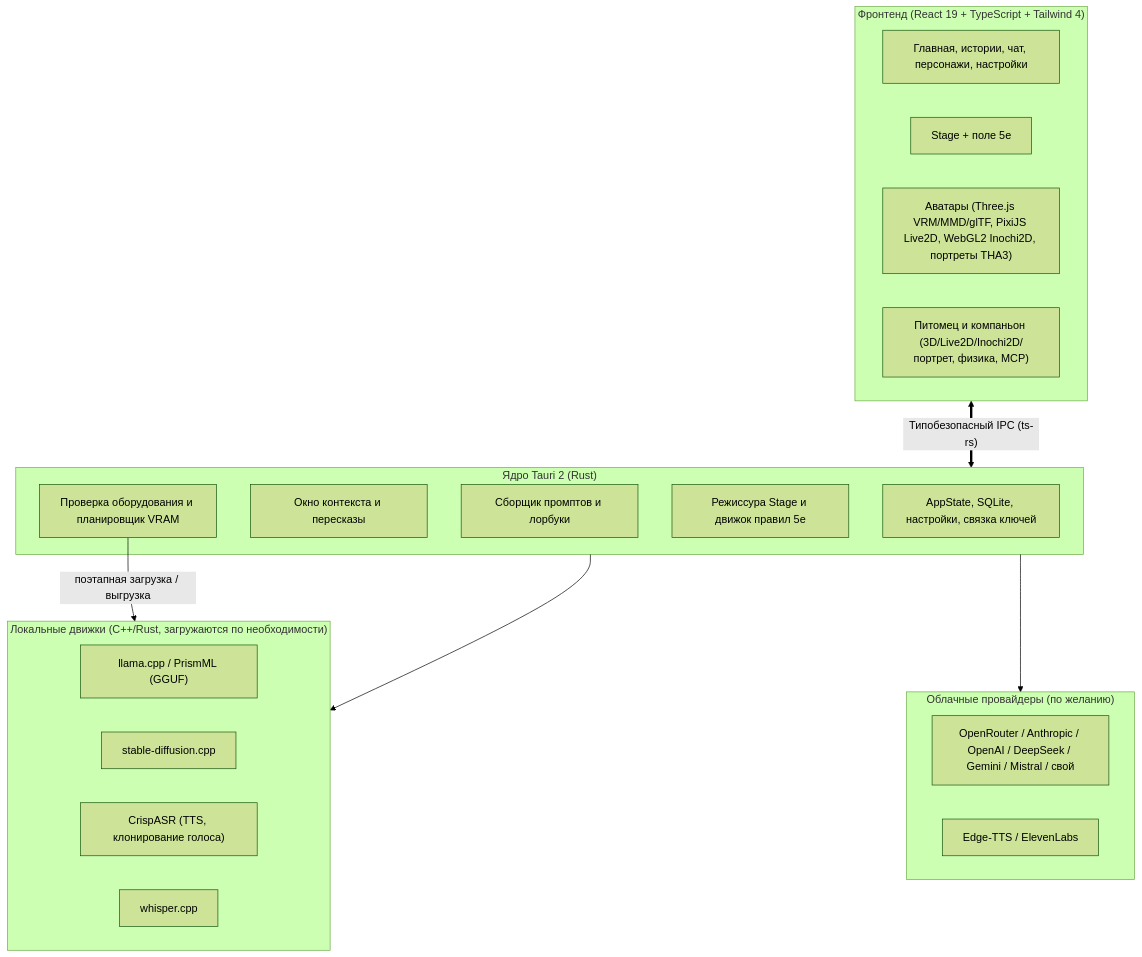
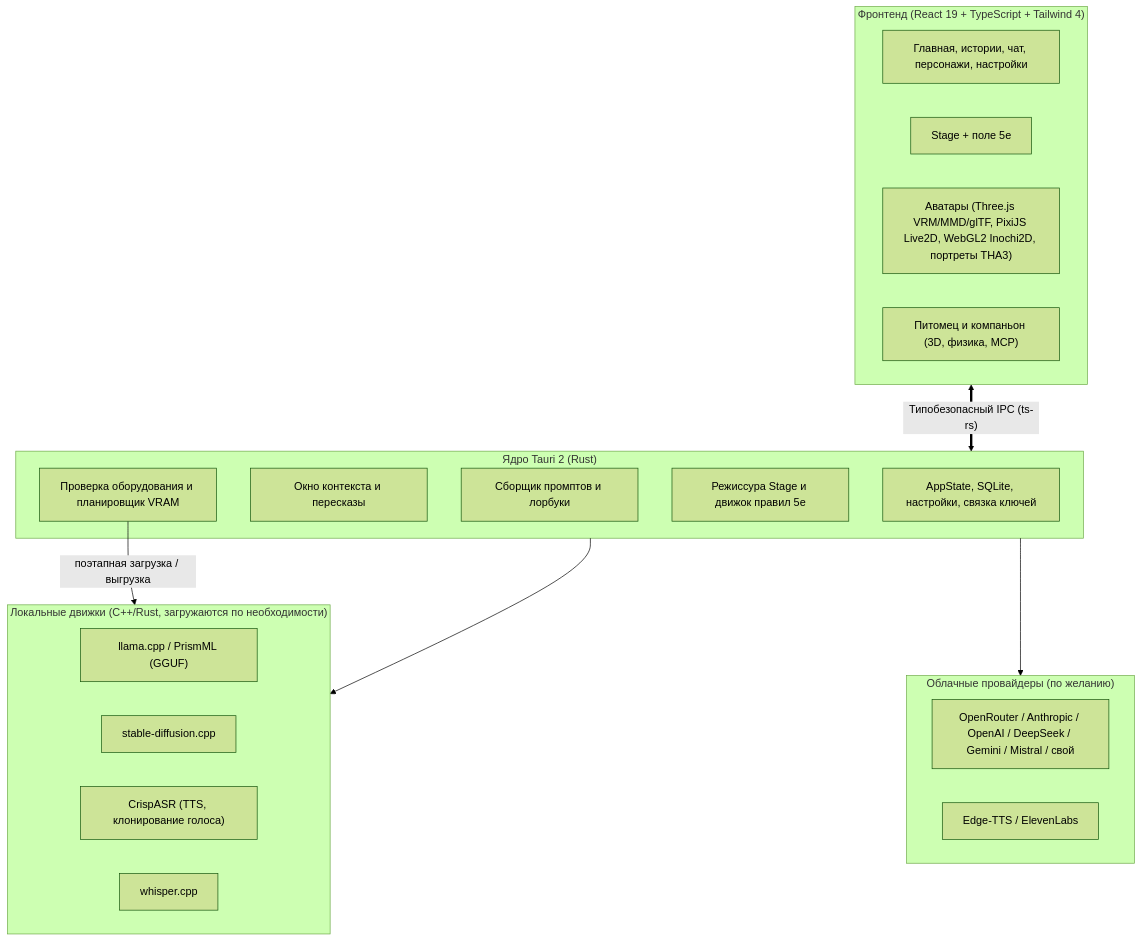
Before and after one commit to SnowwhiteOakheart/OtakuSoul: the first of 2 diagrams in README.ru.md, drawn with Mermaid (forest theme). The commit also changed other lines of this file and 28 other files, not shown here.

````diff
--- a/README.ru.md
+++ b/README.ru.md
@@ -220,34 +220,34 @@
 ```mermaid
 flowchart TD
     subgraph Frontend["Фронтенд (React 19 + TypeScript + Tailwind 4)"]
         UI["Главная, истории, чат, персонажи, настройки"]
         StageUI["Stage + поле 5e"]
         AvatarUI["Аватары (Three.js VRM/MMD/glTF, PixiJS Live2D, WebGL2 Inochi2D, портреты THA3)"]
-        CompanionUI["Питомец и компаньон (3D/Live2D/Inochi2D/портрет, физика, MCP)"]
+        CompanionUI["Питомец и компаньон (3D, физика, MCP)"]
     end
 
     subgraph TauriCore["Ядро Tauri 2 (Rust)"]
         State["AppState, SQLite, настройки, связка ключей"]
         ContextMgr["Окно контекста и пересказы"]
         PromptBuilder["Сборщик промптов и лорбуки"]
         Rules["Режиссура Stage и движок правил 5e"]
         HardwareSched["Проверка оборудования и планировщик VRAM"]
     end
 
     subgraph LocalEngines["Локальные движки (C++/Rust, загружаются по необходимости)"]
         Llama["llama.cpp / PrismML (GGUF)"]
         SD["stable-diffusion.cpp"]
         Crisp["CrispASR (TTS, клонирование голоса)"]
         Whisper["whisper.cpp"]
     end
 
     subgraph Cloud["Облачные провайдеры (по желанию)"]
         CloudLLM["OpenRouter / Anthropic / OpenAI / DeepSeek / Gemini / Mistral / свой"]
         CloudTTS["Edge-TTS / ElevenLabs"]
     end
 
     Frontend <==>|"Типобезопасный IPC (ts-rs)"| TauriCore
     HardwareSched -->|"поэтапная загрузка / выгрузка"| LocalEngines
     TauriCore --> LocalEngines
     TauriCore --> Cloud
 ```
````
